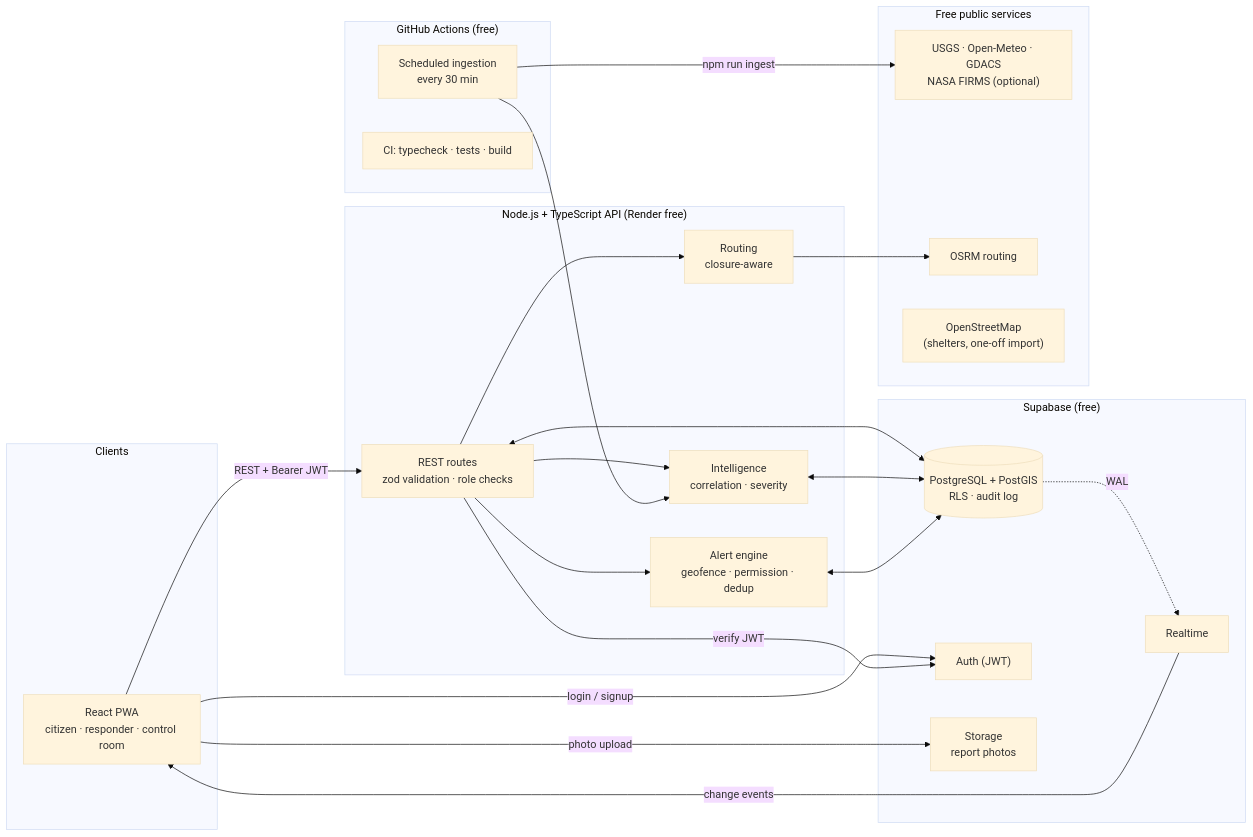
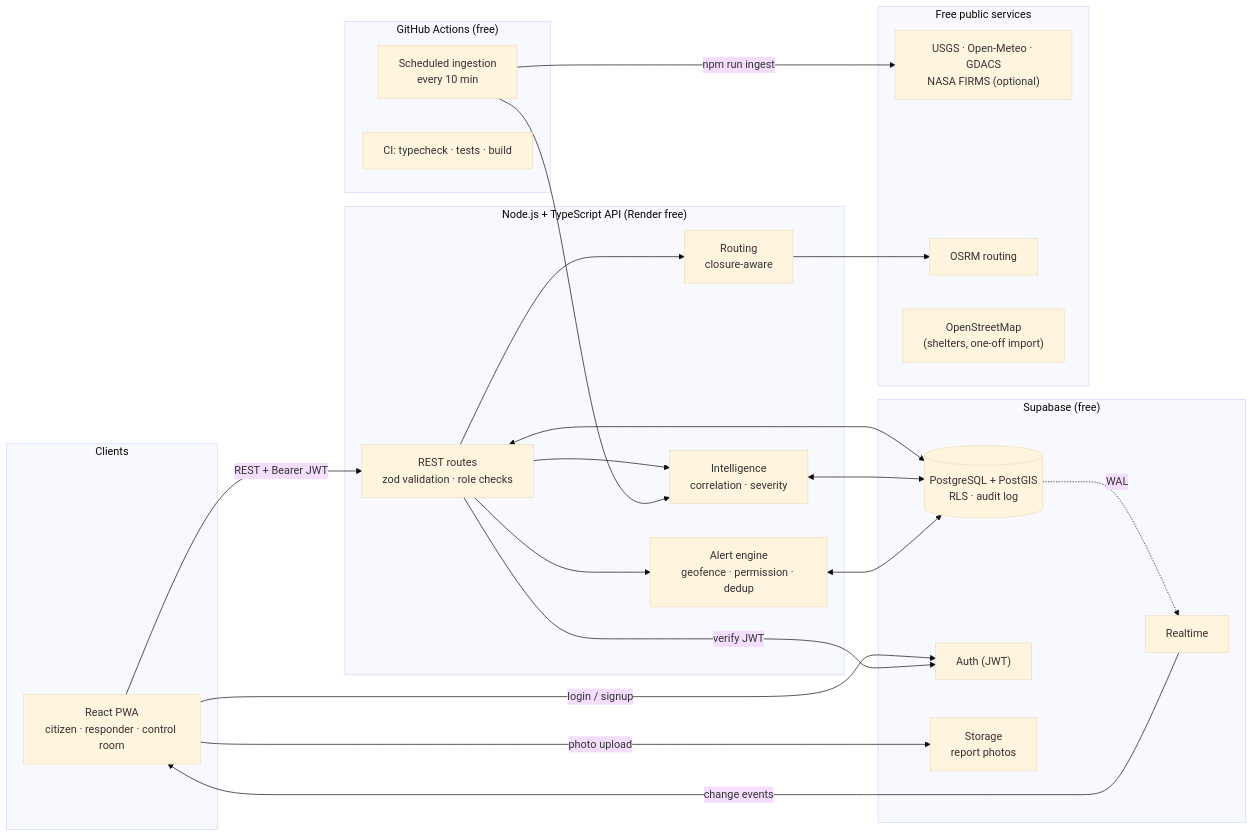
One commit to Shavya11/disaster-network changed the first of 7 diagrams in docs/ARCHITECTURE.md. Above: the diagram before and after it, drawn with Mermaid (base theme). The commit also changed other lines of this file and 2 other files, not shown here.

First line of the commit message:
Deploy API to Render and refresh feeds every 10 minutes

````diff
--- a/docs/ARCHITECTURE.md
+++ b/docs/ARCHITECTURE.md
@@ -9,43 +9,43 @@
 ```mermaid
 flowchart LR
     subgraph Clients
         PWA["React PWA<br/>citizen · responder · control room"]
     end
 
     subgraph GH["GitHub Actions (free)"]
-        CRON["Scheduled ingestion<br/>every 30 min"]
+        CRON["Scheduled ingestion<br/>every 10 min"]
         CI["CI: typecheck · tests · build"]
     end
 
     subgraph API["Node.js + TypeScript API (Render free)"]
         ROUTES["REST routes<br/>zod validation · role checks"]
         INT["Intelligence<br/>correlation · severity"]
         ROUTE["Routing<br/>closure-aware"]
         ALERT["Alert engine<br/>geofence · permission · dedup"]
     end
 
     subgraph SB["Supabase (free)"]
         PG[("PostgreSQL + PostGIS<br/>RLS · audit log")]
         AUTH["Auth (JWT)"]
         RT["Realtime"]
         ST["Storage<br/>report photos"]
     end
 
     subgraph EXT["Free public services"]
         FEEDS["USGS · Open-Meteo · GDACS<br/>NASA FIRMS (optional)"]
         OSRM["OSRM routing"]
         OSM["OpenStreetMap<br/>(shelters, one-off import)"]
     end
 
     PWA -- "login / signup" --> AUTH
     PWA -- "REST + Bearer JWT" --> ROUTES
     PWA -- "photo upload" --> ST
     RT -- "change events" --> PWA
     ROUTES --> INT & ROUTE & ALERT
     ROUTES & INT & ALERT <--> PG
     ROUTES -- "verify JWT" --> AUTH
     CRON -- "npm run ingest" --> FEEDS
     CRON --> INT
     ROUTE --> OSRM
     PG -. WAL .-> RT
 ```
````
